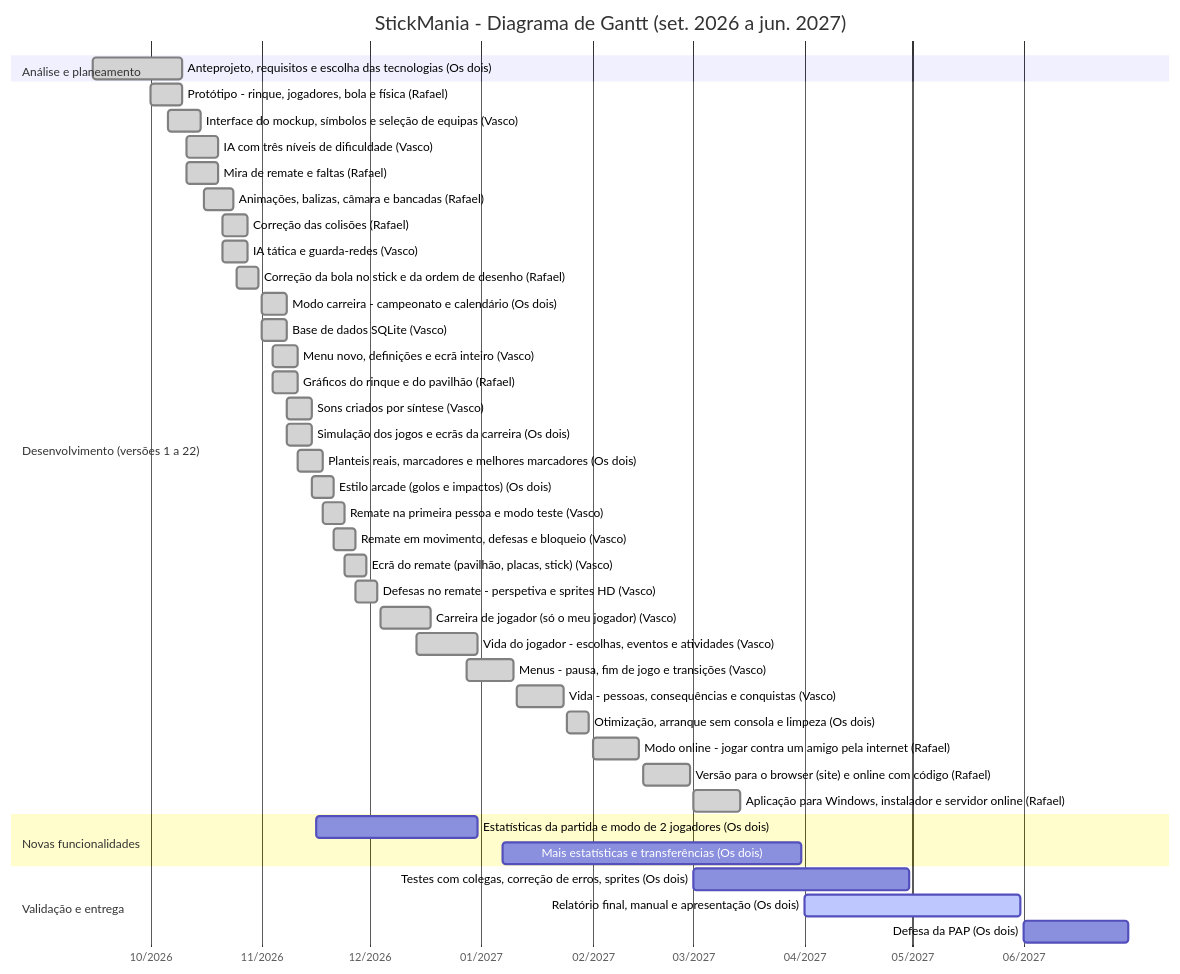
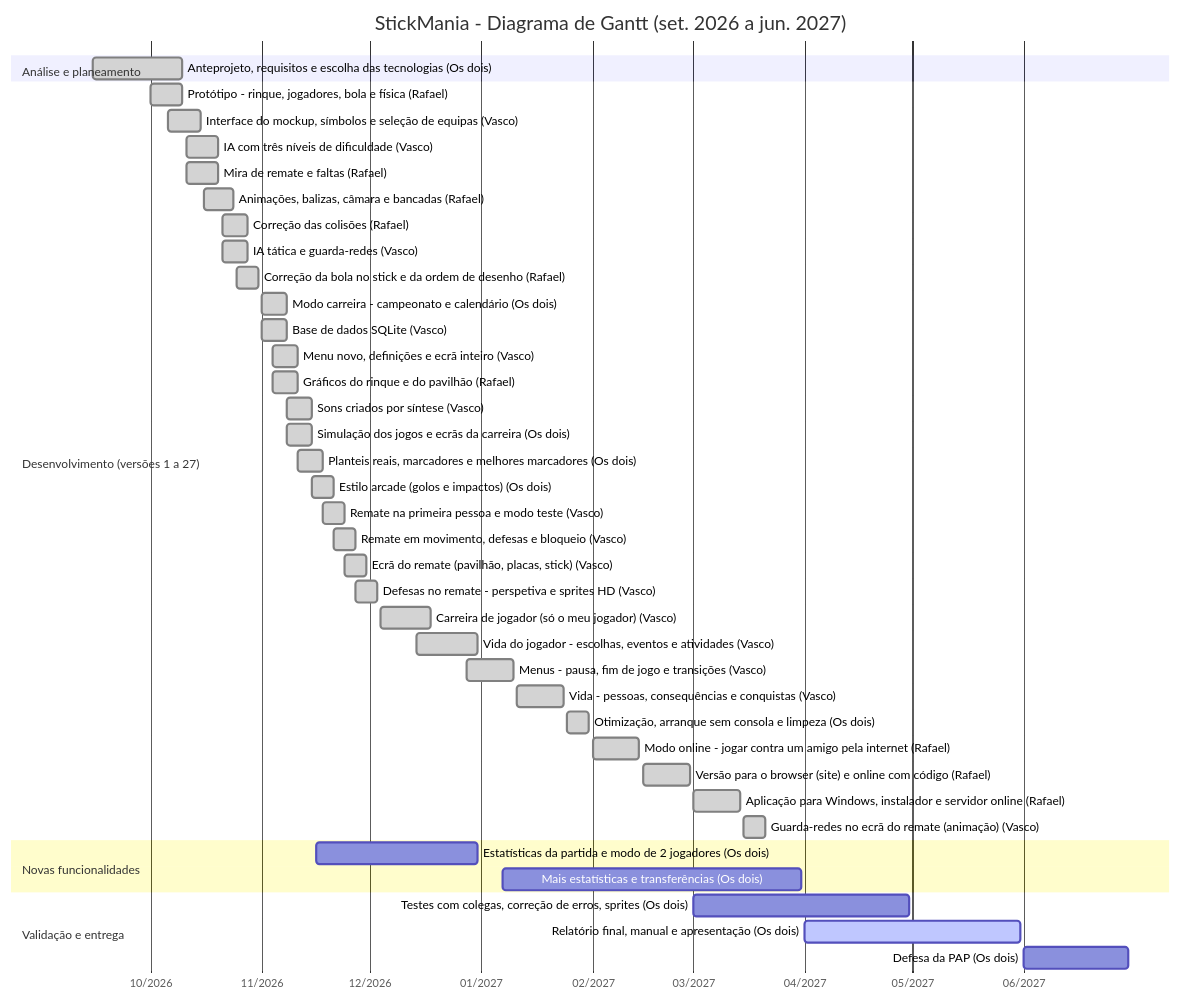
One commit to RafaelSilveira23/Stickmaniapap changed the diagram in docs/GANTT.md. Above: the diagram before and after it, drawn with Mermaid. The commit also changed other lines of this file and 19 other files, not shown here.

First line of the commit message:
feat: guarda-redes no ecra do remate, passes, modo teste e online melhorado

````diff
--- a/docs/GANTT.md
+++ b/docs/GANTT.md
@@ -13,46 +13,47 @@
 ```mermaid
 gantt
     title StickMania - Diagrama de Gantt (set. 2026 a jun. 2027)
     dateFormat YYYY-MM-DD
     axisFormat %m/%Y
     tickInterval 1month
     todayMarker off
     section Análise e planeamento
     Anteprojeto, requisitos e escolha das tecnologias (Os dois) :done, t1, 2026-09-15, 2026-10-10
-    section Desenvolvimento (versões 1 a 22)
+    section Desenvolvimento (versões 1 a 27)
     Protótipo - rinque, jogadores, bola e física (Rafael) :done, t2, 2026-10-01, 2026-10-10
     Interface do mockup, símbolos e seleção de equipas (Vasco) :done, t3, 2026-10-06, 2026-10-15
     IA com três níveis de dificuldade (Vasco) :done, t4, 2026-10-11, 2026-10-20
     Mira de remate e faltas (Rafael) :done, t5, 2026-10-11, 2026-10-20
     Animações, balizas, câmara e bancadas (Rafael) :done, t6, 2026-10-16, 2026-10-24
     Correção das colisões (Rafael) :done, t7, 2026-10-21, 2026-10-28
     IA tática e guarda-redes (Vasco) :done, t8, 2026-10-21, 2026-10-28
     Correção da bola no stick e da ordem de desenho (Rafael) :done, t9, 2026-10-25, 2026-10-31
     Modo carreira - campeonato e calendário (Os dois) :done, t10, 2026-11-01, 2026-11-08
     Base de dados SQLite (Vasco) :done, t11, 2026-11-01, 2026-11-08
     Menu novo, definições e ecrã inteiro (Vasco) :done, t12, 2026-11-04, 2026-11-11
     Gráficos do rinque e do pavilhão (Rafael) :done, t13, 2026-11-04, 2026-11-11
     Sons criados por síntese (Vasco) :done, t14, 2026-11-08, 2026-11-15
     Simulação dos jogos e ecrãs da carreira (Os dois) :done, t15, 2026-11-08, 2026-11-15
     Planteis reais, marcadores e melhores marcadores (Os dois) :done, t16, 2026-11-11, 2026-11-18
     Estilo arcade (golos e impactos) (Os dois) :done, t17, 2026-11-15, 2026-11-21
     Remate na primeira pessoa e modo teste (Vasco) :done, t18, 2026-11-18, 2026-11-24
     Remate em movimento, defesas e bloqueio (Vasco) :done, t19, 2026-11-21, 2026-11-27
     Ecrã do remate (pavilhão, placas, stick) (Vasco) :done, t20, 2026-11-24, 2026-11-30
     Defesas no remate - perspetiva e sprites HD (Vasco) :done, t21, 2026-11-27, 2026-12-03
     Carreira de jogador (só o meu jogador) (Vasco) :done, t22, 2026-12-04, 2026-12-18
     Vida do jogador - escolhas, eventos e atividades (Vasco) :done, t23, 2026-12-14, 2026-12-31
     Menus - pausa, fim de jogo e transições (Vasco) :done, t24, 2026-12-28, 2027-01-10
     Vida - pessoas, consequências e conquistas (Vasco) :done, t25, 2027-01-11, 2027-01-24
     Otimização, arranque sem consola e limpeza (Os dois) :done, t26, 2027-01-25, 2027-01-31
     Modo online - jogar contra um amigo pela internet (Rafael) :done, t27, 2027-02-01, 2027-02-14
     Versão para o browser (site) e online com código (Rafael) :done, t28, 2027-02-15, 2027-02-28
     Aplicação para Windows, instalador e servidor online (Rafael) :done, t29, 2027-03-01, 2027-03-14
+    Guarda-redes no ecrã do remate (animação) (Vasco) :done, t30, 2027-03-15, 2027-03-21
     section Novas funcionalidades
-    Estatísticas da partida e modo de 2 jogadores (Os dois) :t30, 2026-11-16, 2026-12-31
-    Mais estatísticas e transferências (Os dois) :t31, 2027-01-07, 2027-03-31
+    Estatísticas da partida e modo de 2 jogadores (Os dois) :t31, 2026-11-16, 2026-12-31
+    Mais estatísticas e transferências (Os dois) :t32, 2027-01-07, 2027-03-31
     section Validação e entrega
-    Testes com colegas, correção de erros, sprites (Os dois) :t32, 2027-03-01, 2027-04-30
-    Relatório final, manual e apresentação (Os dois) :active, t33, 2027-04-01, 2027-05-31
-    Defesa da PAP (Os dois) :t34, 2027-06-01, 2027-06-30
+    Testes com colegas, correção de erros, sprites (Os dois) :t33, 2027-03-01, 2027-04-30
+    Relatório final, manual e apresentação (Os dois) :active, t34, 2027-04-01, 2027-05-31
+    Defesa da PAP (Os dois) :t35, 2027-06-01, 2027-06-30
 ```
````
